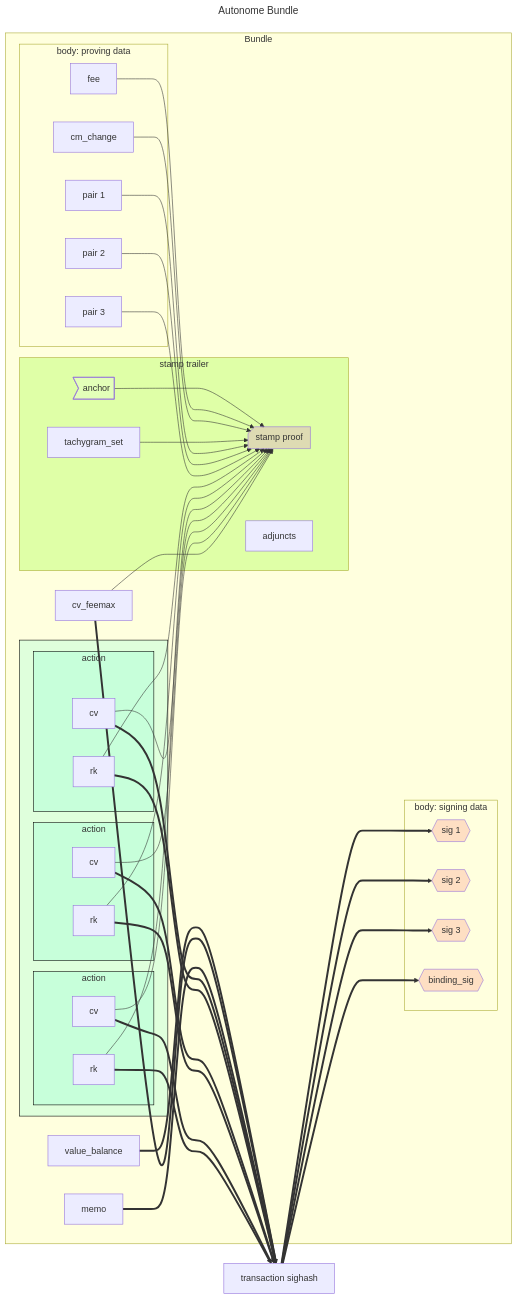
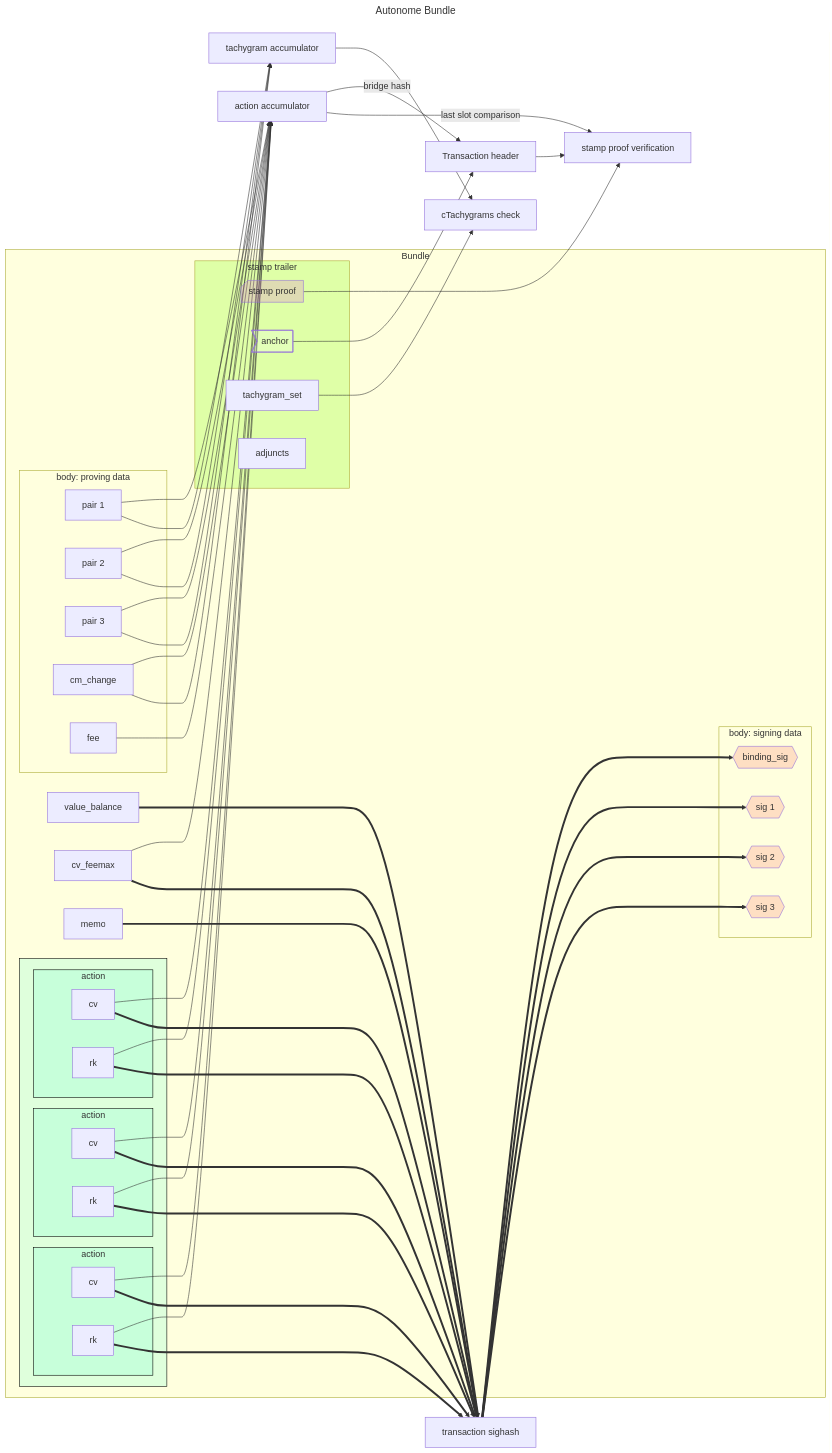
The diagram in book/src/bundle.md (tachyon-zcash/tachyon), drawn with Mermaid before and after one commit. The commit also changed other lines of this file and 29 other files, not shown here.

First line of the commit message:
feat(stamp): bind the fee-bearing stamp to its action set

````diff
--- a/book/src/bundle.md
+++ b/book/src/bundle.md
@@ -85,78 +85,78 @@
 ```mermaid
 ---
 title: Autonome Bundle
 ---
 flowchart LR
 classDef signature fill:#fa807240
 classDef optional fill:#d3d3d340,stroke-dasharray: 5 5
 
 style action1 fill:#7fffd440,stroke:black
 style action2 fill:#7fffd440,stroke:black
 style action3 fill:#7fffd440,stroke:black
 style action_vec fill:#7fffd440,stroke:black
 
 style stamp_proof fill:#da70d640
 style anchor fill:#f0fff040
 
 style stamp_trailer fill:#7fff0040
 
 subgraph shielded_data["Bundle"]
 
     subgraph action_vec[" "]
 
         subgraph action1["action"]
             cv1["cv"]
             rk1["rk"]
         end
 
        subgraph action2["action"]
             cv2["cv"]
             rk2["rk"]
         end
 
        subgraph action3["action"]
             cv3["cv"]
             rk3["rk"]
         end
     end
 
     subgraph proving_data["body: proving data"]
         tg1["pair 1"]
         tg2["pair 2"]
         tg3["pair 3"]
         fee_change["cm_change"]
         fee
     end
 
     subgraph stamp_trailer["stamp trailer"]
         tachygram_set
         adjuncts
         anchor@{shape: odd}
         stamp_proof@{shape: notch-rect, label: "stamp proof"}
-
-        anchor ---> stamp_proof
-        fee & fee_change & tachygram_set ---> stamp_proof
-        tg1 & tg2 & tg3 ---> stamp_proof
     end
-
-    rk1 & rk2 & rk3 ---> stamp_proof
-    cv1 & cv2 & cv3 ---> stamp_proof
 
     subgraph signing_data["body: signing data"]
         sig1:::signature@{shape: hex, label: "sig 1"}
         sig2:::signature@{shape: hex, label: "sig 2"}
         sig3:::signature@{shape: hex, label: "sig 3"}
         sig_binding:::signature@{shape: hex, label: "binding_sig"}
     end
     v_balance["value_balance"]
     cv_feemax["cv_feemax"]
     memo
 
-    cv_feemax ---> stamp_proof
+end
 
-end
+    rk1 & rk2 & rk3 & cv1 & cv2 & cv3 --> action_acc["action accumulator"]
+    cv_feemax & fee & fee_change & tg1 & tg2 & tg3 --> action_acc
+    action_acc -->|bridge hash| stamp_header["Transaction header"]
+    anchor --> stamp_header
+    action_acc -->|last slot comparison| verify_stamp["stamp proof verification"]
+    stamp_header & stamp_proof --> verify_stamp
+    fee_change & tg1 & tg2 & tg3 --> tg_acc["tachygram accumulator"]
+    tg_acc & tachygram_set --> check_tg["cTachygrams check"]
 
     v_balance & cv_feemax & memo ===> sighash["transaction sighash"]
     cv1 & rk1 & cv2 & rk2 & cv3 & rk3 ===> sighash
     sighash ===> sig_binding & sig1 & sig2 & sig3
 ```
````
